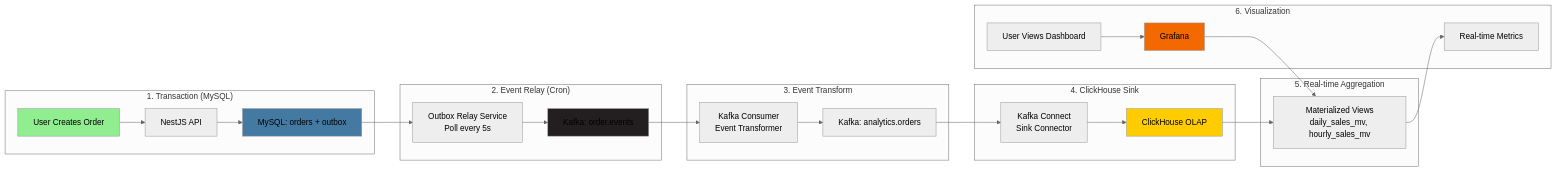
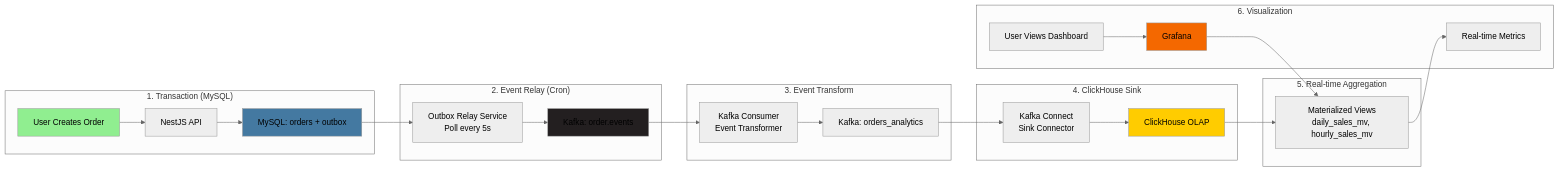
One commit to duarbdhks/nestjs-cllickhouse changed the third of 9 diagrams in docs/architecture/system-architecture-diagram.md. Above: the diagram before and after it, drawn with Mermaid (neutral theme). The commit also changed other lines of this file and 3 other files, not shown here.

````diff
--- a/docs/architecture/system-architecture-diagram.md
+++ b/docs/architecture/system-architecture-diagram.md
@@ -147,38 +147,38 @@
 ```mermaid
 flowchart LR
     subgraph "1. Transaction (MySQL)"
         A[User Creates Order] --> B[NestJS API]
         B --> C[MySQL: orders + outbox]
     end
 
     subgraph "2. Event Relay (Cron)"
         C --> D[Outbox Relay Service<br/>Poll every 5s]
         D --> E[Kafka: order.events]
     end
 
     subgraph "3. Event Transform"
         E --> F[Kafka Consumer<br/>Event Transformer]
-        F --> G[Kafka: analytics.orders]
+        F --> G[Kafka: orders_analytics]
     end
 
     subgraph "4. ClickHouse Sink"
         G --> H[Kafka Connect<br/>Sink Connector]
         H --> I[ClickHouse OLAP]
     end
 
     subgraph "5. Real-time Aggregation"
         I --> J[Materialized Views<br/>daily_sales_mv, hourly_sales_mv]
     end
 
     subgraph "6. Visualization"
         K[User Views Dashboard] --> L[Grafana]
         L --> J
         J --> M[Real-time Metrics]
     end
 
     style A fill:#90EE90
     style C fill:#4479A1
     style E fill:#231f20
     style I fill:#ffcc00
     style L fill:#f46800
 ```
````
